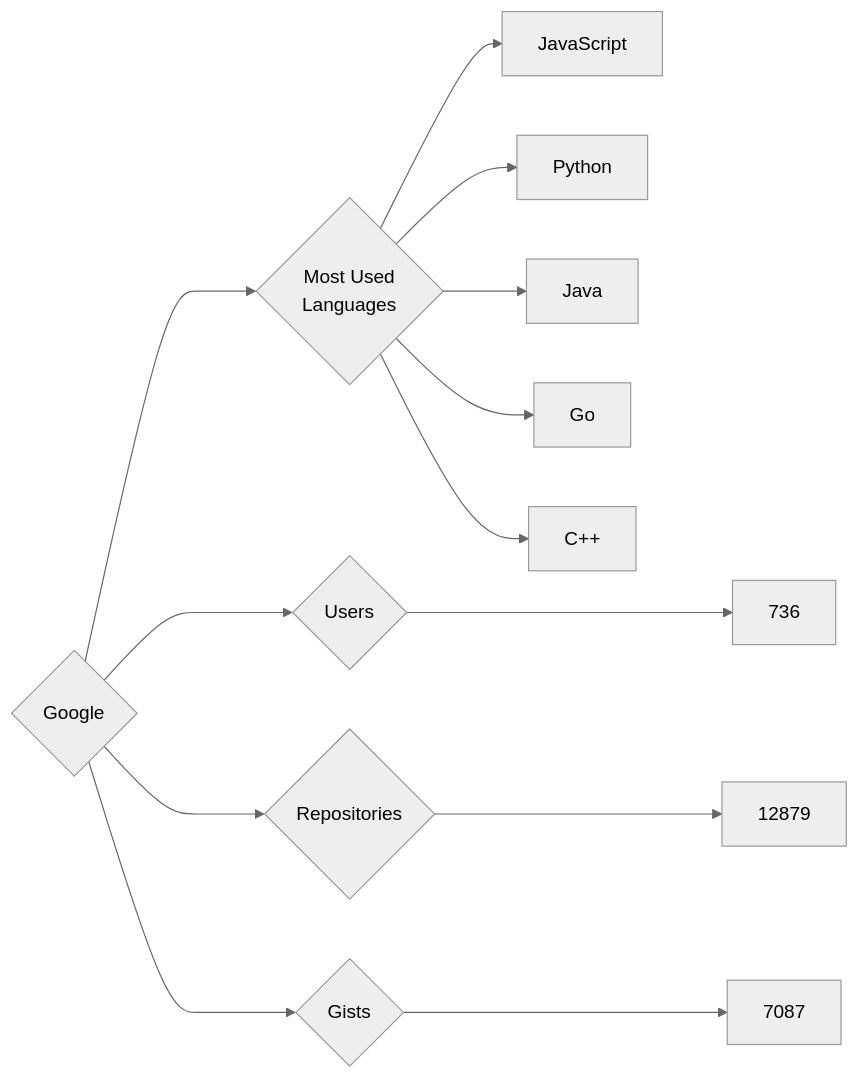
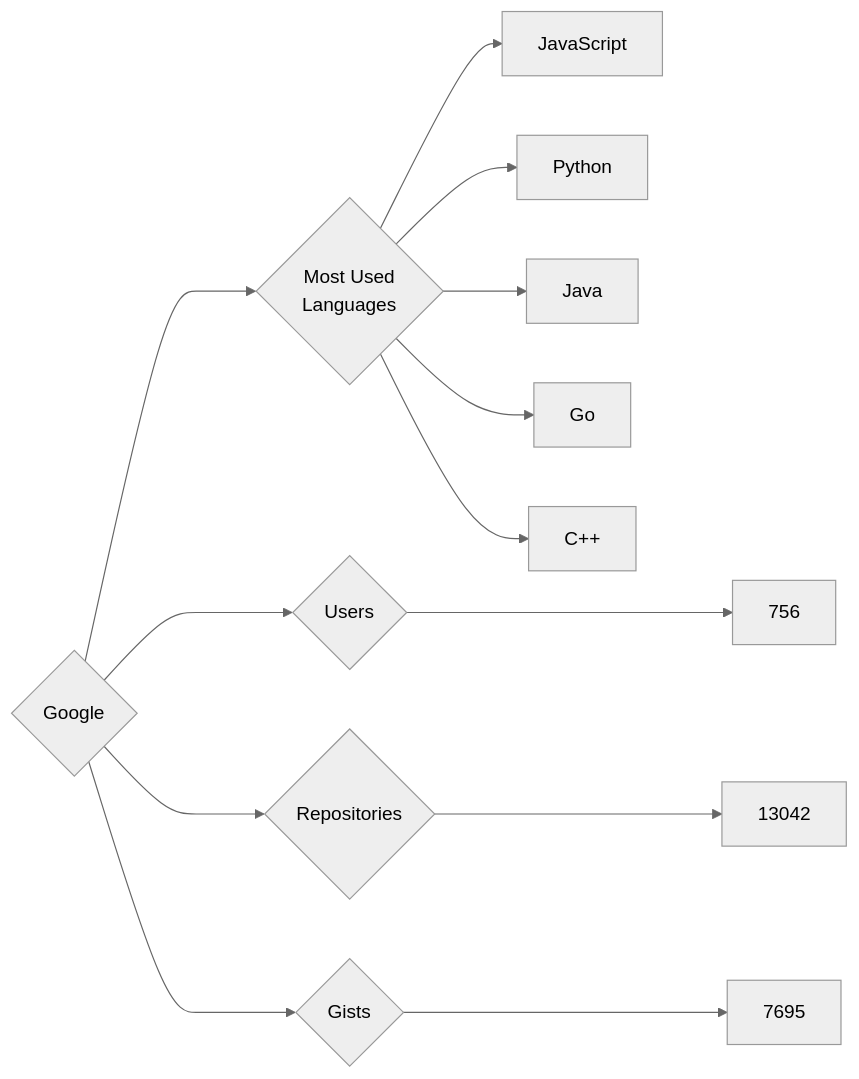
One commit to trickest/insiders changed the diagram in targets/Google/README.md. Above: the diagram before and after it, drawn with Mermaid (neutral theme). The commit also changed 927 other files, not shown here.

````diff
--- a/targets/Google/README.md
+++ b/targets/Google/README.md
@@ -3,13 +3,13 @@
 ```mermaid
 graph LR
 COMPANY_NAME{Google}
-COMPANY_NAME ---> U{Users} ---> UN[736]
-COMPANY_NAME ---> R{Repositories} ---> RN[12879]
-COMPANY_NAME ---> G{Gists} ---> GN[7087]
+COMPANY_NAME ---> U{Users} ---> UN[756]
+COMPANY_NAME ---> R{Repositories} ---> RN[13042]
+COMPANY_NAME ---> G{Gists} ---> GN[7695]
 COMPANY_NAME ---> ML{Most Used<br>Languages}
 ML --> JavaScript[JavaScript]
 ML --> Python[Python]
 ML --> Java[Java]
 ML --> Go[Go]
 ML --> C++[C++]
 ```
````
